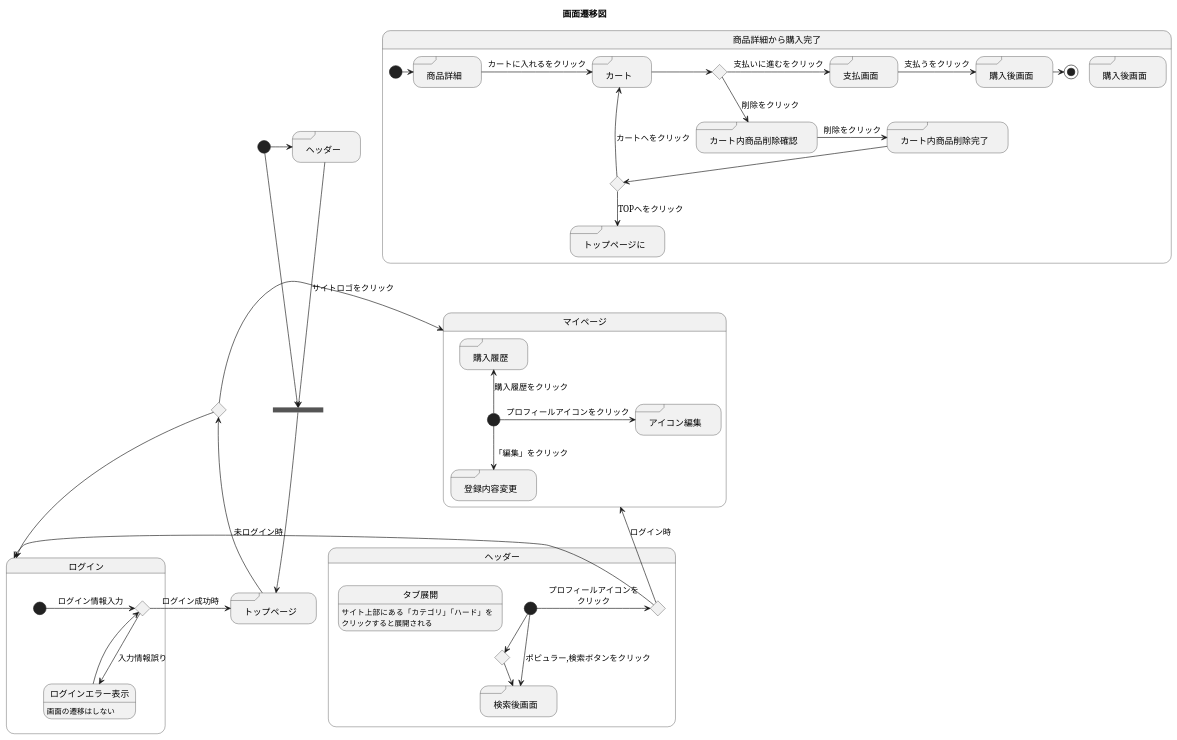
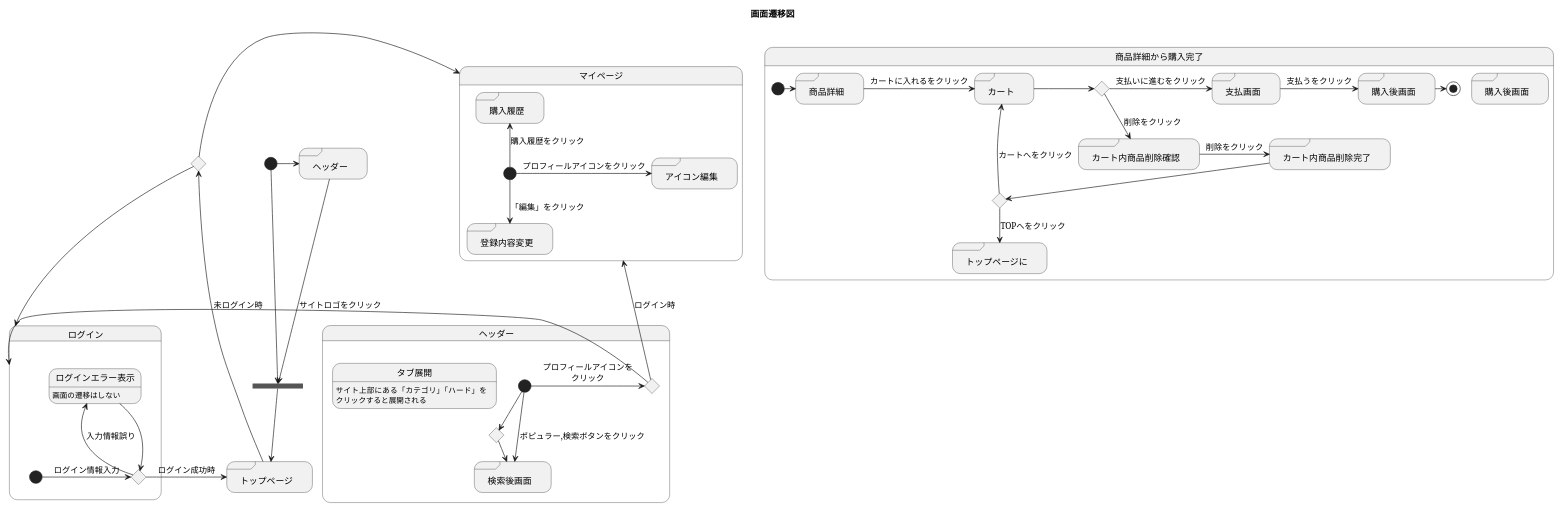
Before and after one commit to akutori/T-D-E: the diagram in UML.md, drawn with PlantUML.

Commit message:
矢印調整

```diff
--- a/UML.md
+++ b/UML.md
@@ -44,7 +44,7 @@
 
     [*]-> iflogin : ログイン情報入力
     iflogin -up-> ログインエラー表示 : 入力情報誤り
-    ログインエラー表示 -up-> iflogin
+    ログインエラー表示 --> iflogin
     iflogin -> main : ログイン成功時
 }
 state 商品詳細から購入完了{
```
